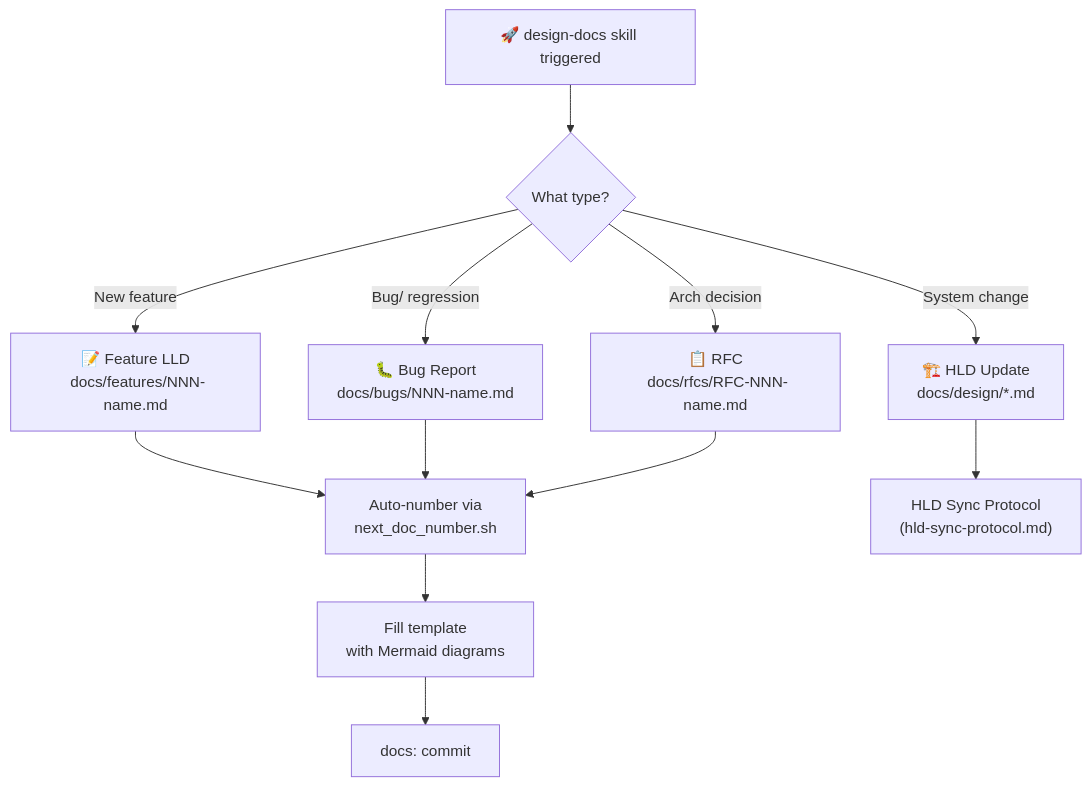
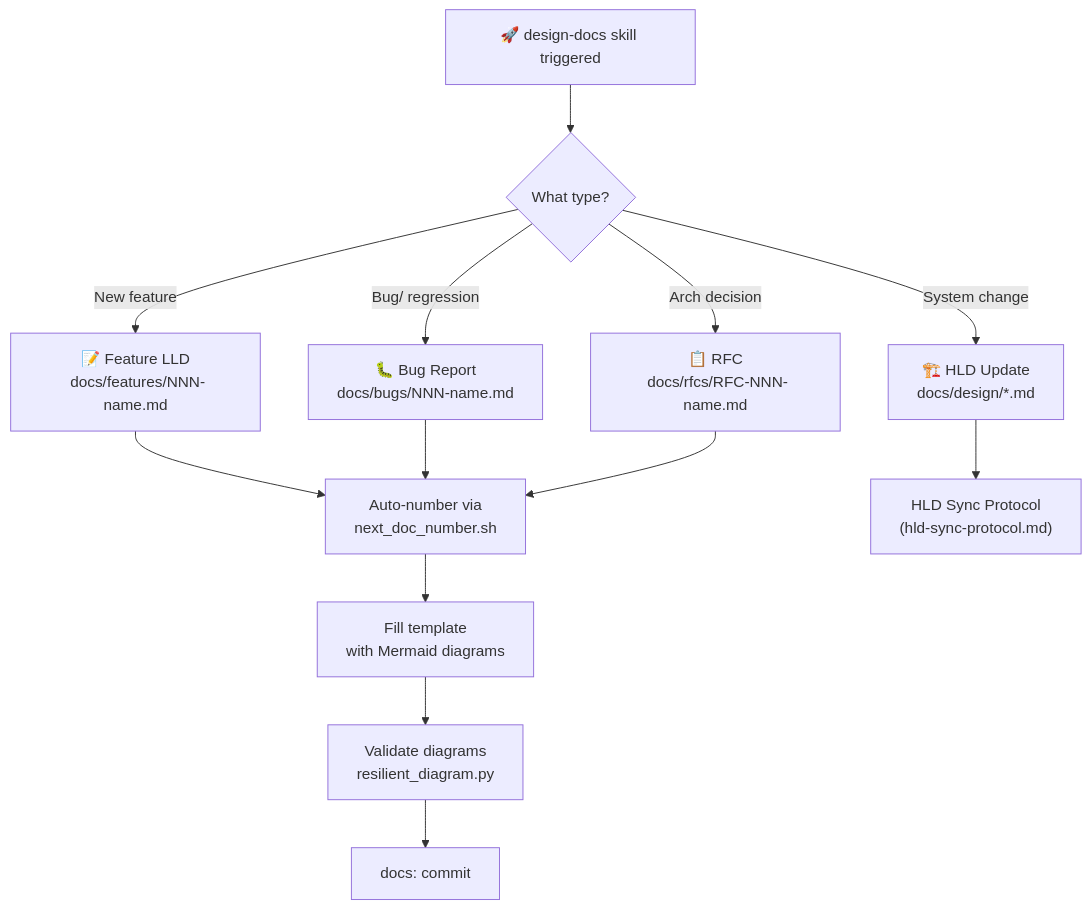
The first of 2 diagrams in docs/features/001-docs-driven-dev-workflow.md (hassang371/spendsmart-dashboard), drawn with Mermaid before and after one commit. The commit also changed other lines of this file and 15 other files, not shown here.

````diff
--- a/docs/features/001-docs-driven-dev-workflow.md
+++ b/docs/features/001-docs-driven-dev-workflow.md
@@ -31,14 +38,15 @@
 ```mermaid
 graph TD
     Start["🚀 design-docs skill triggered"] --> Decision{What type?}
     Decision -->|New feature| LLD["📝 Feature LLD\n docs/features/NNN-name.md"]
     Decision -->|Bug/ regression| Bug["🐛 Bug Report\n docs/bugs/NNN-name.md"]
     Decision -->|Arch decision| RFC["📋 RFC\n docs/rfcs/RFC-NNN-name.md"]
     Decision -->|System change| HLD["🏗️ HLD Update\n docs/design/*.md"]
     LLD --> Num["Auto-number via\n next_doc_number.sh"]
     Bug --> Num
     RFC --> Num
     HLD --> Sync["HLD Sync Protocol\n (hld-sync-protocol.md)"]
     Num --> Template["Fill template\n with Mermaid diagrams"]
-    Template --> Commit["docs: commit"]
+    Template --> Validate["Validate diagrams\n resilient_diagram.py"]
+    Validate --> Commit["docs: commit"]
 ```
````
